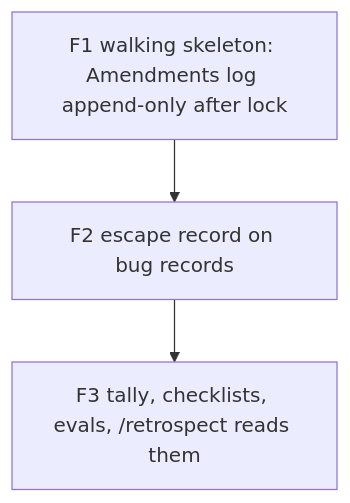
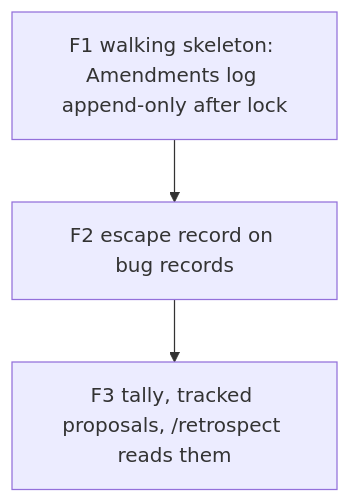
Before and after one commit to sibulus13/claudence: the second of 2 diagrams in docs/work/feedback-loop/README.md, drawn with Mermaid. The commit also changed other lines of this file and 5 other files, not shown here.

````diff
--- a/docs/work/feedback-loop/README.md
+++ b/docs/work/feedback-loop/README.md
@@ -103,5 +108,5 @@
 ```mermaid
 flowchart TD
   F1["F1 walking skeleton: Amendments log append-only after lock"] --> F2["F2 escape record on bug records"]
-  F2 --> F3["F3 tally, checklists, evals, /retrospect reads them"]
+  F2 --> F3["F3 tally, tracked proposals, /retrospect reads them"]
 ```
````
